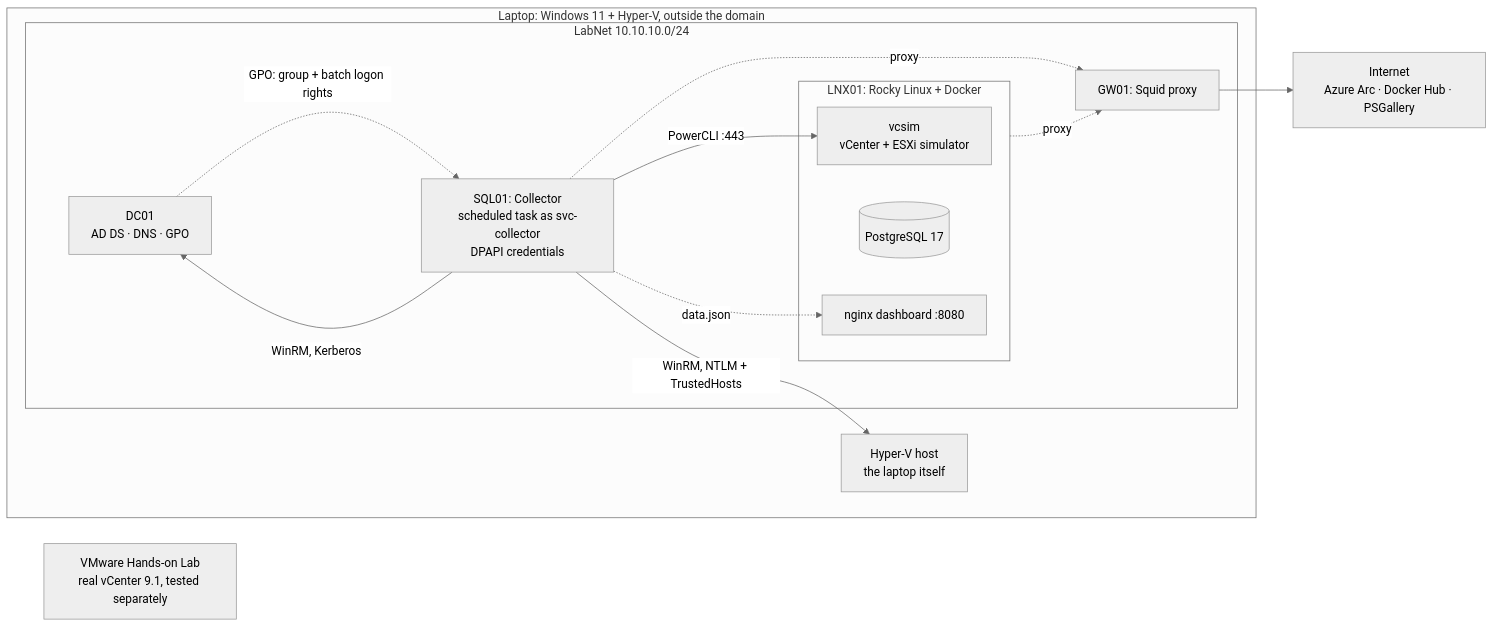
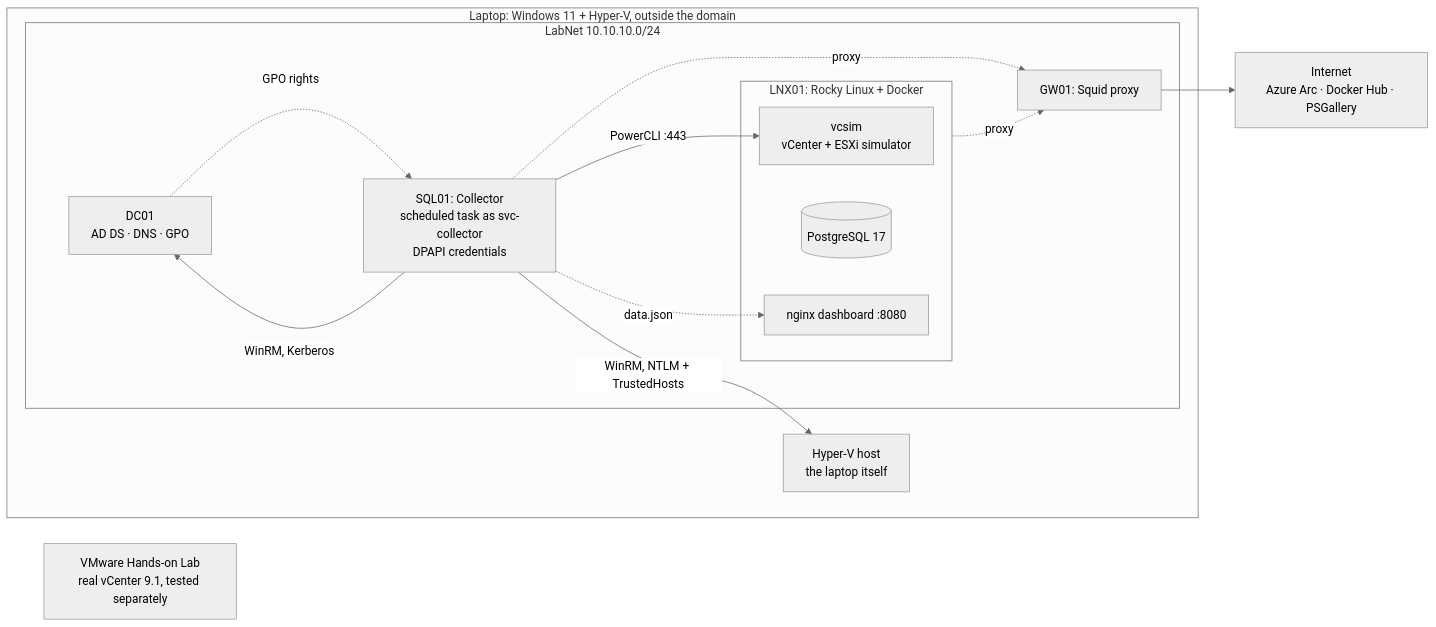
One commit to IagoV4r/spla-license-inventory-lab changed the second of 2 diagrams in docs/architecture.md. Above: the diagram before and after it, drawn with Mermaid (neutral theme).

Commit message:
Update description in architecture.md

````diff
--- a/docs/architecture.md
+++ b/docs/architecture.md
@@ -43,27 +43,27 @@
 ```mermaid
 flowchart LR
   subgraph LAP["Laptop: Windows 11 + Hyper-V, outside the domain"]
     subgraph NET["LabNet 10.10.10.0/24"]
       DC01["DC01<br/>AD DS · DNS · GPO"]
       SQL01["SQL01: Collector<br/>scheduled task as svc-collector<br/>DPAPI credentials"]
       subgraph LNX["LNX01: Rocky Linux + Docker"]
         VCS["vcsim<br/>vCenter + ESXi simulator"]
         PG[("PostgreSQL 17")]
         NGX["nginx dashboard :8080"]
       end
       GW01["GW01: Squid proxy"]
     end
     HVH["Hyper-V host<br/>the laptop itself"]
   end
   HOL["VMware Hands-on Lab<br/>real vCenter 9.1, tested separately"]
   INET["Internet<br/>Azure Arc · Docker Hub · PSGallery"]
 
   SQL01 -- "PowerCLI :443" --> VCS
   SQL01 -- "WinRM, Kerberos" --> DC01
   SQL01 -- "WinRM, NTLM + TrustedHosts" --> HVH
   SQL01 -. "data.json" .-> NGX
-  DC01 -. "GPO: group + batch logon rights" .-> SQL01
+  DC01 -. "GPO rights" .-> SQL01
   SQL01 -. "proxy" .-> GW01
   LNX -. "proxy" .-> GW01
   GW01 --> INET
 ```
````
